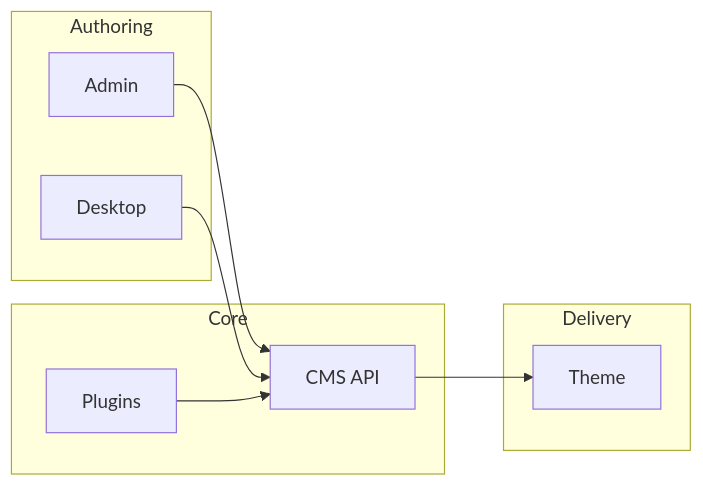
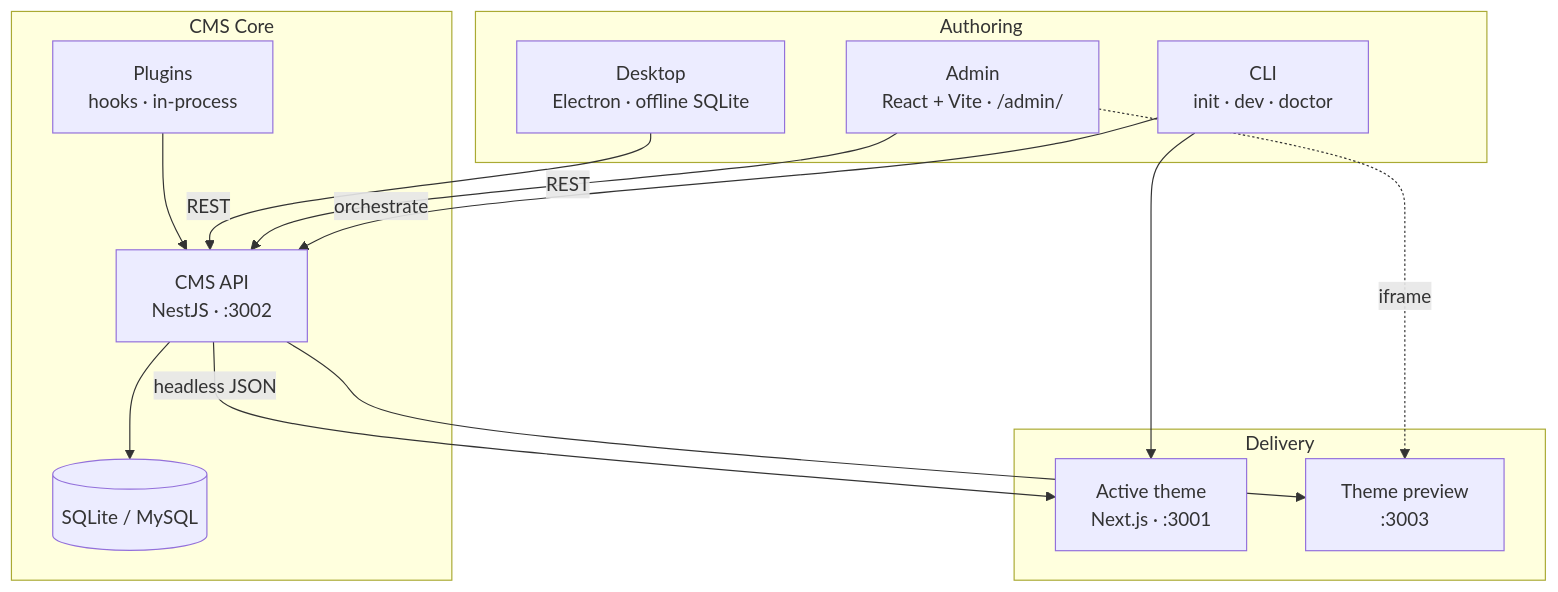
Before and after one commit to fecommunity/reactpress: the diagram in README.md, drawn with Mermaid.

Commit message:
docs: update architecture diagram in README
- Revised the architecture diagram to improve clarity and organization.
- Changed flow direction to top-bottom and added detailed labels for components.
- Enhanced connections between CLI, Admin, Desktop, API, and Delivery components for better understanding of interactions.

````diff
--- a/README.md
+++ b/README.md
@@ -207,18 +207,29 @@
 ```mermaid
-flowchart LR
-  subgraph Authoring
-    Admin["Admin"]
-    Desktop["Desktop"]
+flowchart TB
+  subgraph Authoring["Authoring"]
+    CLI["CLI<br/>init · dev · doctor"]
+    Admin["Admin<br/>React + Vite · /admin/"]
+    Desktop["Desktop<br/>Electron · offline SQLite"]
   end
-  subgraph Core
-    API["CMS API"]
-    Plugins["Plugins"]
+
+  subgraph Core["CMS Core"]
+    API["CMS API<br/>NestJS · :3002"]
+    Plugins["Plugins<br/>hooks · in-process"]
+    DB[("SQLite / MySQL")]
   end
-  subgraph Delivery
-    Theme["Theme"]
+
+  subgraph Delivery["Delivery"]
+    Theme["Active theme<br/>Next.js · :3001"]
+    Preview["Theme preview<br/>:3003"]
   end
-  Admin --> API
-  Desktop --> API
+
+  CLI -->|"orchestrate"| API
+  CLI --> Theme
+  Admin -->|"REST"| API
+  Desktop -->|"REST"| API
   Plugins --> API
-  API --> Theme
+  API --> DB
+  API -->|"headless JSON"| Theme
+  API --> Preview
+  Admin -.->|"iframe"| Preview
 ```
````
